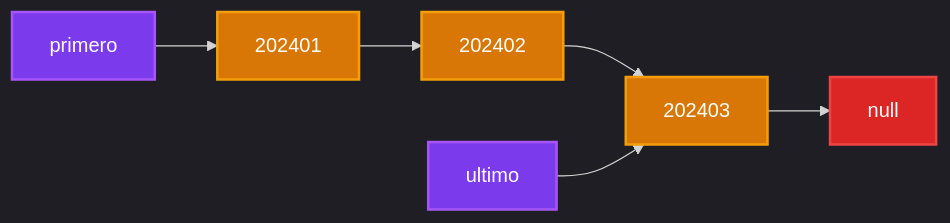
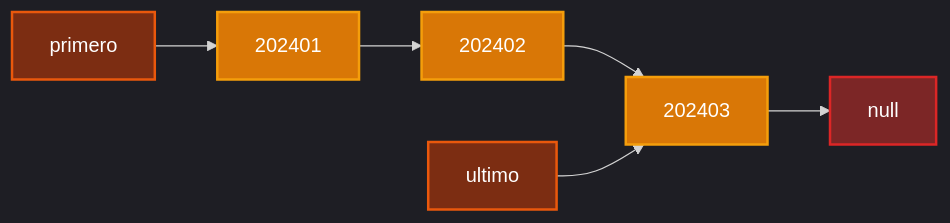
The tenth of 16 diagrams in tp-final/README_IMPLEMENTACIONES.md (pybalt/algo2), drawn with Mermaid before and after one commit. The commit also changed other lines of this file and 1 other file, not shown here.

````diff
--- a/tp-final/README_IMPLEMENTACIONES.md
+++ b/tp-final/README_IMPLEMENTACIONES.md
@@ -279,16 +373,16 @@
 ```mermaid
 %%{init: {'theme':'dark'}}%%
 graph LR
     A["primero"] --> B["202401"]
     B --> C["202402"] 
     C --> D["202403"]
     D --> E["null"]
     F["ultimo"] --> D
     
-    style A fill:#7c3aed,stroke:#a855f7,stroke-width:2px,color:#fff
-    style B fill:#d97706,stroke:#f59e0b,stroke-width:2px,color:#fff
-    style C fill:#d97706,stroke:#f59e0b,stroke-width:2px,color:#fff
-    style D fill:#d97706,stroke:#f59e0b,stroke-width:2px,color:#fff
-    style E fill:#dc2626,stroke:#ef4444,stroke-width:2px,color:#fff
-    style F fill:#7c3aed,stroke:#a855f7,stroke-width:2px,color:#fff
+    style A fill:#7c2d12,stroke:#ea580c,stroke-width:2px,color:#ffffff
+    style B fill:#d97706,stroke:#f59e0b,stroke-width:2px,color:#ffffff
+    style C fill:#d97706,stroke:#f59e0b,stroke-width:2px,color:#ffffff
+    style D fill:#d97706,stroke:#f59e0b,stroke-width:2px,color:#ffffff
+    style E fill:#7c2626,stroke:#dc2626,stroke-width:2px,color:#ffffff
+    style F fill:#7c2d12,stroke:#ea580c,stroke-width:2px,color:#ffffff
 ```
````
